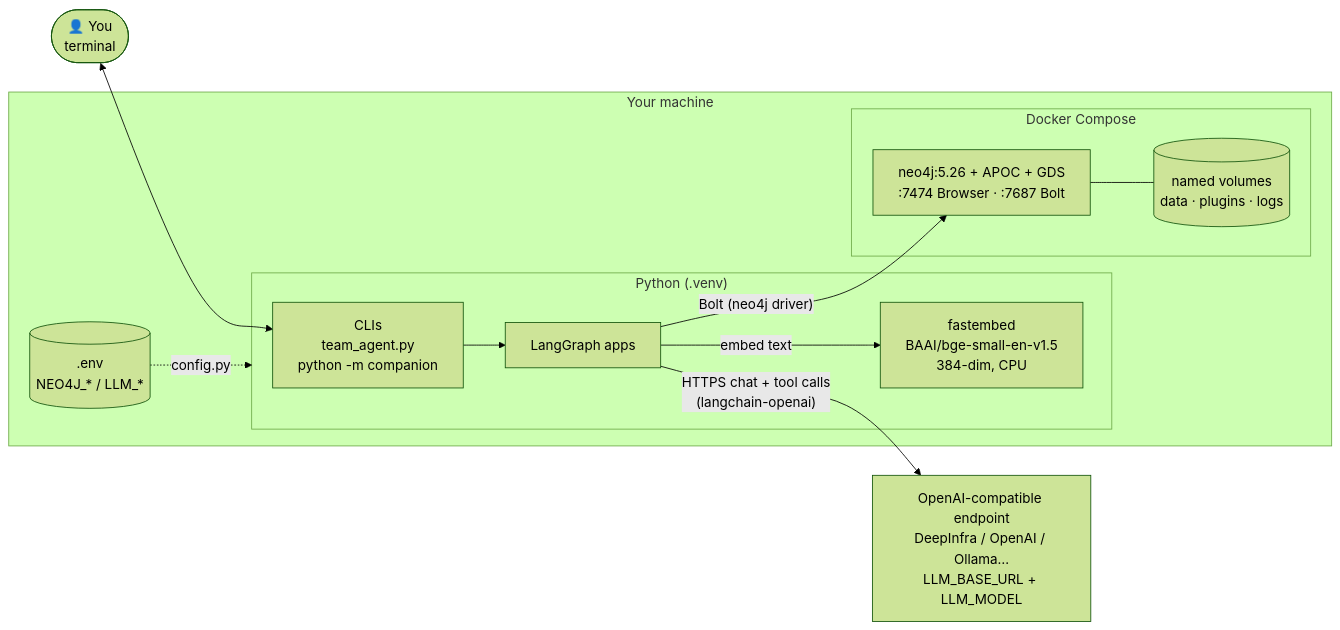
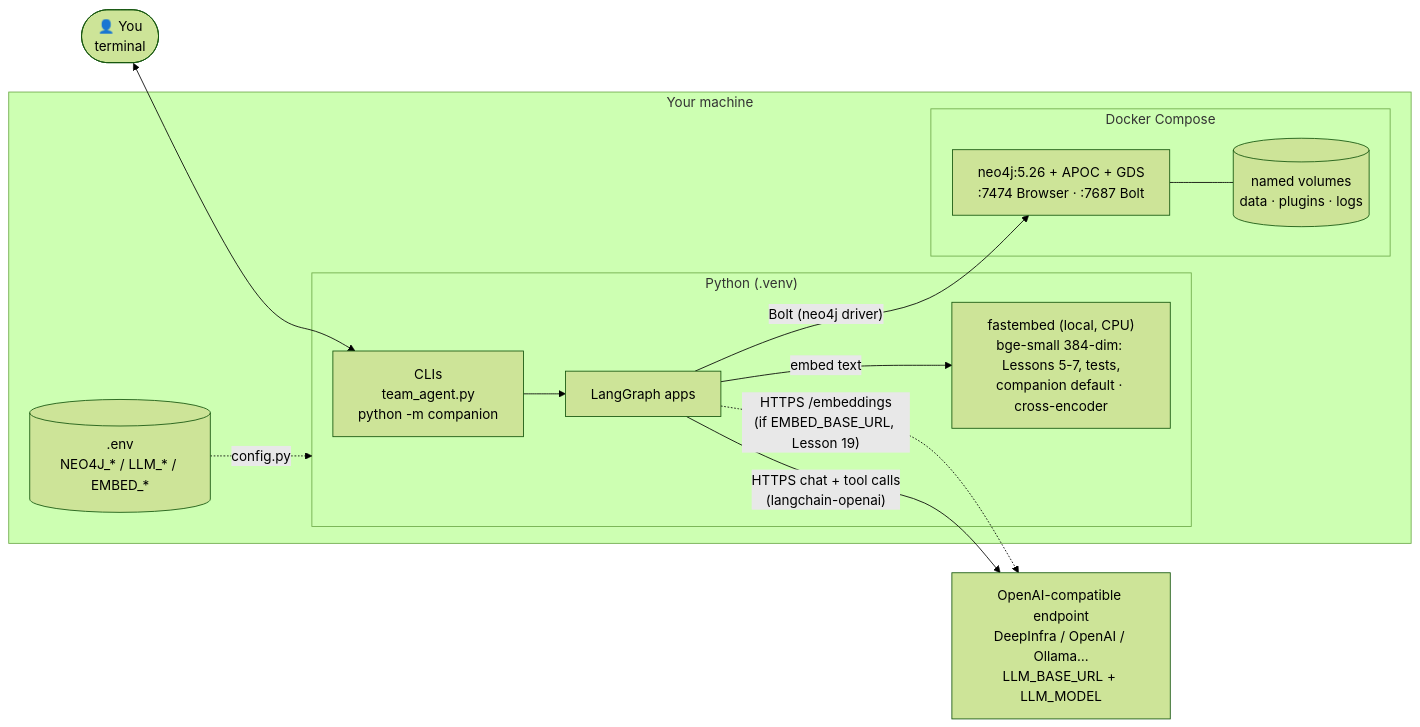
One commit to theRealMarkCastillo/neo4j-graph-tutorial changed the first of 23 diagrams in docs/architecture.md. Above: the diagram before and after it, drawn with Mermaid (forest theme). The commit also changed other lines of this file and 7 other files, not shown here.

````diff
--- a/docs/architecture.md
+++ b/docs/architecture.md
@@ -44,27 +44,28 @@
 ```mermaid
 flowchart LR
     user(["👤 You<br/>terminal"])
 
     subgraph host["Your machine"]
         subgraph py["Python (.venv)"]
             cli["CLIs<br/>team_agent.py<br/>python -m companion"]
             lg["LangGraph apps"]
-            fe["fastembed<br/>BAAI/bge-small-en-v1.5<br/>384-dim, CPU"]
+            fe["fastembed (local, CPU)<br/>bge-small 384-dim: Lessons 5-7, tests,<br/>companion default · cross-encoder"]
         end
-        env[(".env<br/>NEO4J_* / LLM_*")]
+        env[(".env<br/>NEO4J_* / LLM_* / EMBED_*")]
         subgraph docker["Docker Compose"]
             neo["neo4j:5.26 + APOC + GDS<br/>:7474 Browser · :7687 Bolt"]
             vol[("named volumes<br/>data · plugins · logs")]
         end
     end
 
     llm["OpenAI-compatible endpoint<br/>DeepInfra / OpenAI / Ollama…<br/>LLM_BASE_URL + LLM_MODEL"]
 
     user <--> cli
     cli --> lg
     lg -- "Bolt (neo4j driver)" --> neo
     lg -- "embed text" --> fe
+    lg -. "HTTPS /embeddings<br/>(if EMBED_BASE_URL, Lesson 19)" .-> llm
     lg -- "HTTPS chat + tool calls<br/>(langchain-openai)" --> llm
     env -. "config.py" .-> py
     neo --- vol
 ```
````
